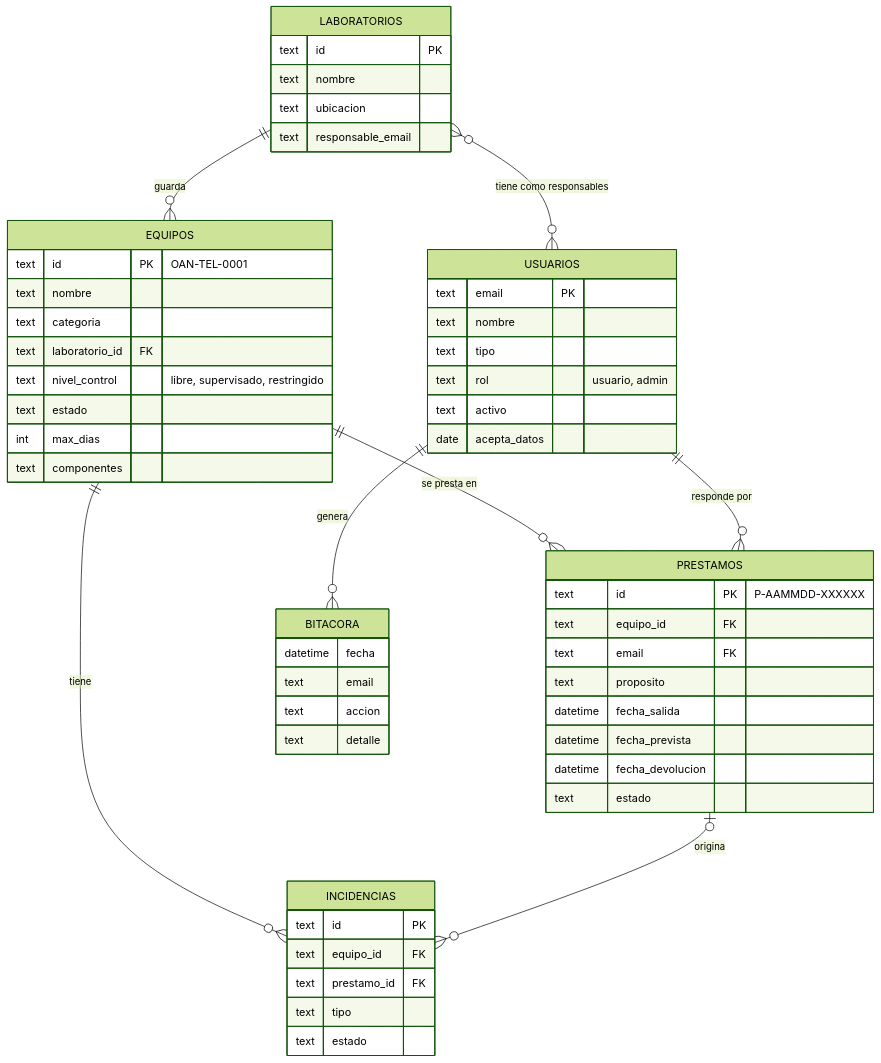
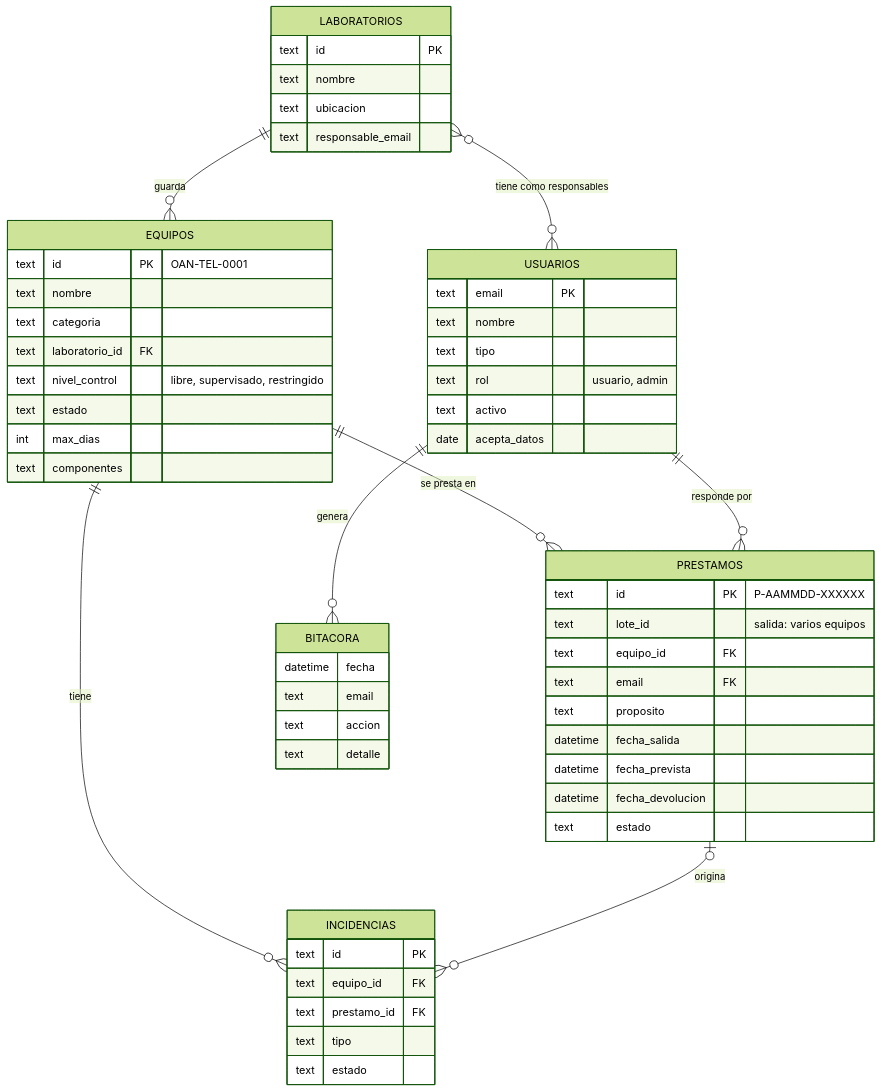
The diagram in docs/05-modelo-de-datos.md (AstronomiaOAN/equipos), drawn with Mermaid (forest theme) before and after one commit. The commit also changed other lines of this file and 39 other files, not shown here.

First line of the commit message:
Logo del OAN, salidas con varios equipos y base de datos en el Drive de oan.unal@gmail.com

````diff
--- a/docs/05-modelo-de-datos.md
+++ b/docs/05-modelo-de-datos.md
@@ -5,58 +5,59 @@
 ```mermaid
 erDiagram
     LABORATORIOS ||--o{ EQUIPOS : "guarda"
     LABORATORIOS }o--o{ USUARIOS : "tiene como responsables"
     EQUIPOS ||--o{ PRESTAMOS : "se presta en"
     USUARIOS ||--o{ PRESTAMOS : "responde por"
     EQUIPOS ||--o{ INCIDENCIAS : "tiene"
     PRESTAMOS |o--o{ INCIDENCIAS : "origina"
     USUARIOS ||--o{ BITACORA : "genera"
 
     LABORATORIOS {
         text id PK
         text nombre
         text ubicacion
         text responsable_email
     }
     EQUIPOS {
         text id PK "OAN-TEL-0001"
         text nombre
         text categoria
         text laboratorio_id FK
         text nivel_control "libre, supervisado, restringido"
         text estado
         int max_dias
         text componentes
     }
     USUARIOS {
         text email PK
         text nombre
         text tipo
         text rol "usuario, admin"
         text activo
         date acepta_datos
     }
     PRESTAMOS {
         text id PK "P-AAMMDD-XXXXXX"
+        text lote_id "salida: varios equipos"
         text equipo_id FK
         text email FK
         text proposito
         datetime fecha_salida
         datetime fecha_prevista
         datetime fecha_devolucion
         text estado
     }
     INCIDENCIAS {
         text id PK
         text equipo_id FK
         text prestamo_id FK
         text tipo
         text estado
     }
     BITACORA {
         datetime fecha
         text email
         text accion
         text detalle
     }
 ```
````
